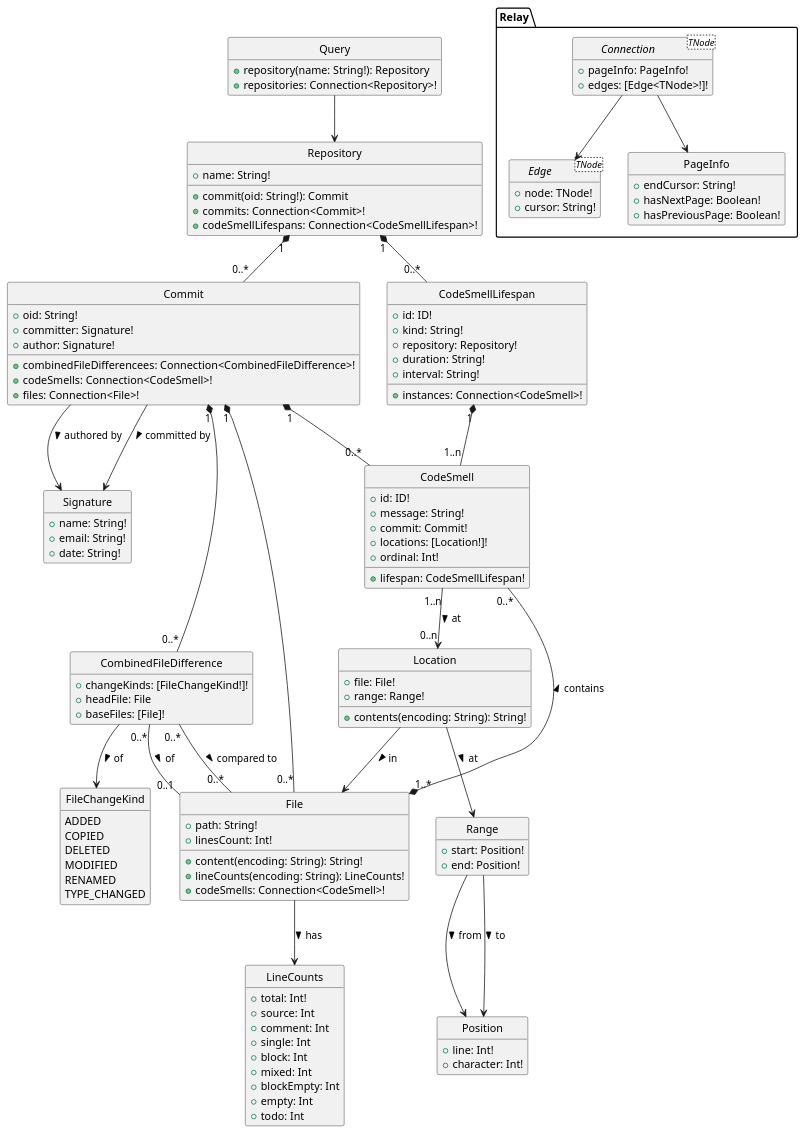
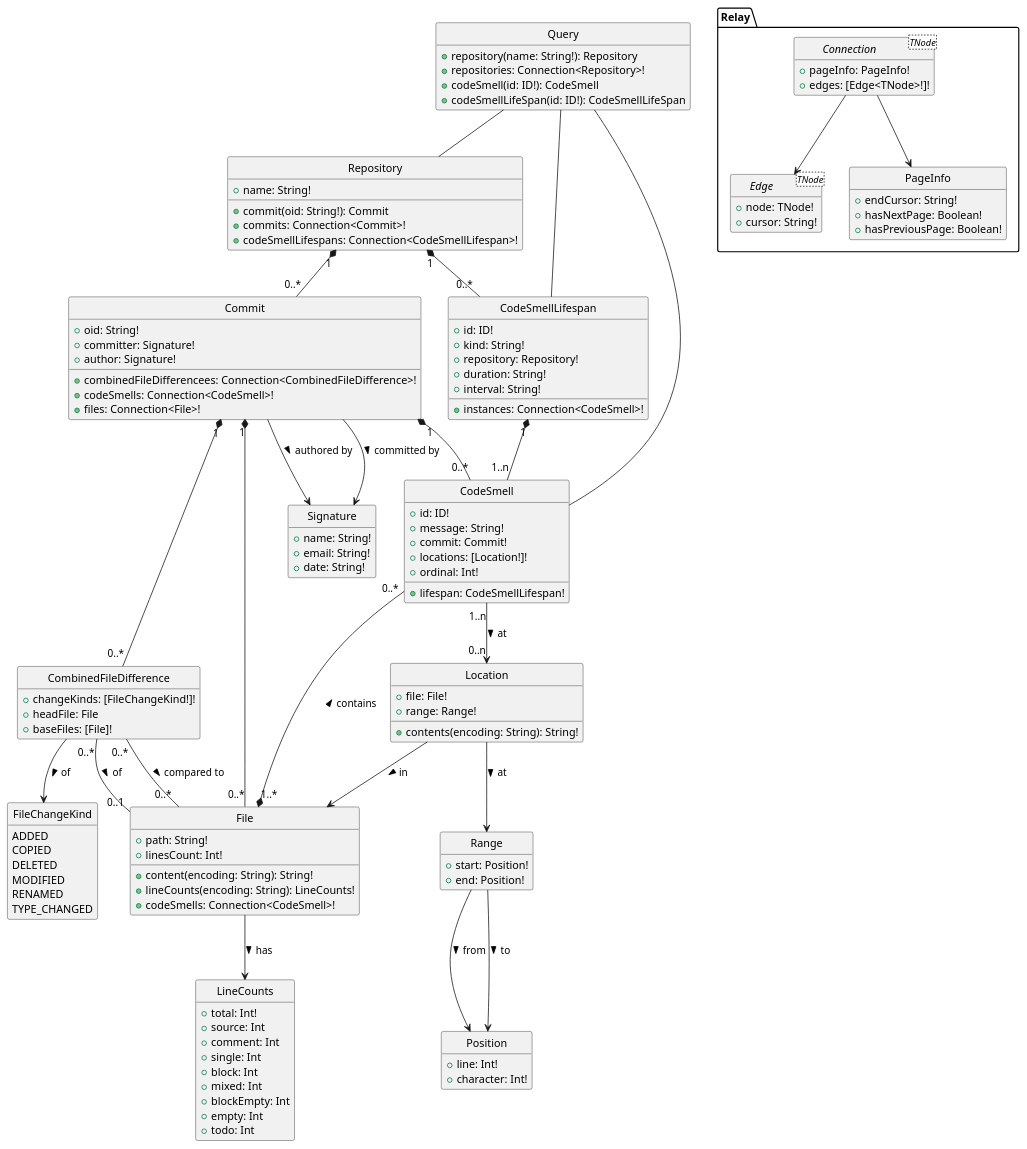
One commit to felixfbecker/olfaction changed the diagram in schema/graphql.plantuml. Above: the diagram before and after it, drawn with PlantUML. The commit also changed 11 other files, not shown here.

```diff
--- a/schema/graphql.plantuml
+++ b/schema/graphql.plantuml
@@ -1,135 +1,139 @@
 @startuml graphql
 hide circle
 hide empty members
 
 class Query {
   {method} +repository(name: String!): Repository
   {method} +repositories: Connection<Repository>!
+  {method} +codeSmell(id: ID!): CodeSmell
+  {method} +codeSmellLifeSpan(id: ID!): CodeSmellLifeSpan
 }
-Query --> Repository
+Query -- Repository
+Query -- CodeSmell
+Query -- CodeSmellLifespan
 
 class Repository {
   +name: String!
   {method} +commit(oid: String!): Commit
   {method} +commits: Connection<Commit>!
   {method} +codeSmellLifespans: Connection<CodeSmellLifespan>!
 }
 Repository "1" *-- "0..*" Commit
 Repository "1" *-- "0..*" CodeSmellLifespan
 
 class Commit {
   +oid: String!
   +committer: Signature!
   +author: Signature!
   {method} +combinedFileDifferencees: Connection<CombinedFileDifference>!
   {method} +codeSmells: Connection<CodeSmell>!
   {method} +files: Connection<File>!
 }
 Commit --> Signature : committed by >
 Commit --> Signature : authored by >
 Commit "1" *-- "0..*" CodeSmell
 Commit "1" *-- "0..*" File
 Commit "1" *-- "0..*" CombinedFileDifference
 
 class CombinedFileDifference {
   +changeKinds: [FileChangeKind!]!
   +headFile: File
   +baseFiles: [File]!
 }
 CombinedFileDifference "0..*" -- "0..1" File : of >
 CombinedFileDifference "0..*" -- "0..*" File : compared to >
 CombinedFileDifference --> FileChangeKind : of >
 
 enum FileChangeKind {
   ADDED
   COPIED
   DELETED
   MODIFIED
   RENAMED
   TYPE_CHANGED
 }
 
 class Signature {
   +name: String!
   +email: String!
   +date: String!
 }
 
 class CodeSmell {
   +id: ID!
   +message: String!
   +commit: Commit!
   +locations: [Location!]!
   +ordinal: Int!
   {method} +lifespan: CodeSmellLifespan!
 }
 CodeSmell "1..n" --> "0..n" Location : at >
 
 class Location {
   +file: File!
   +range: Range!
   +contents(encoding: String): String!
 }
 Location --> File : in >
 Location --> Range : at >
 class Range {
   +start: Position!
   +end: Position!
 }
 Range --> Position : from >
 Range --> Position : to >
 class Position {
   +line: Int!
   +character: Int!
 }
 
 class CodeSmellLifespan {
   +id: ID!
   +kind: String!
   +repository: Repository!
   +duration: String!
   +interval: String!
   {method} +instances: Connection<CodeSmell>!
 }
 CodeSmellLifespan "1" *-- "1..n" CodeSmell
 
 class LineCounts {
   +total: Int!
   +source: Int
   +comment: Int
   +single: Int
   +block: Int
   +mixed: Int
   +blockEmpty: Int
   +empty: Int
   +todo: Int
 }
 
 class File {
   +path: String!
   +linesCount: Int!
   +content(encoding: String): String!
   +lineCounts(encoding: String): LineCounts!
   {method} +codeSmells: Connection<CodeSmell>!
 }
 File "1..*" *-- "0..*" CodeSmell : contains >
 File --> LineCounts : has >
 
 namespace Relay {
   interface Connection<TNode> {
     +pageInfo: PageInfo!
     +edges: [Edge<TNode>!]!
   }
   Connection --> Edge
   Connection --> PageInfo
   class PageInfo {
     +endCursor: String!
     +hasNextPage: Boolean!
     +hasPreviousPage: Boolean!
   }
   interface Edge<TNode> {
     +node: TNode!
     +cursor: String!
   }
 }
 @enduml
```
